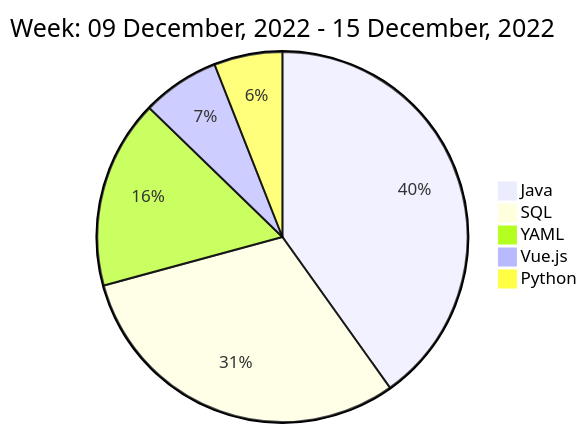
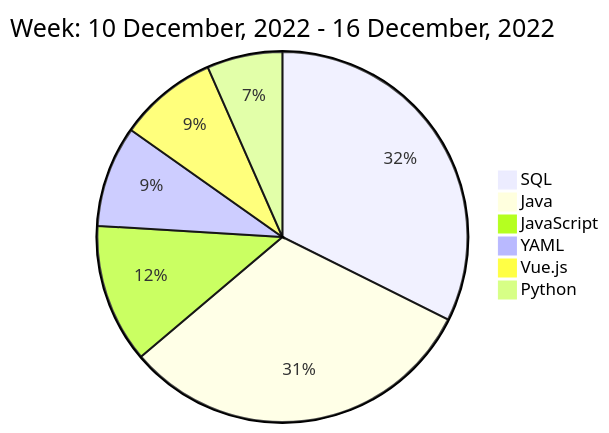
Before and after one commit to liubin95/liubin95: the diagram in README.md, drawn with Mermaid.

Commit message:
Updated the Graph with new Metrics

````diff
--- a/README.md
+++ b/README.md
@@ -40,9 +40,10 @@
 ```mermaid
  pie
-title Week: 09 December, 2022 - 15 December, 2022
- "Java" : 5.92
- "SQL" : 4.52
- "YAML" : 2.43
- "Vue.js" : 1.0
+title Week: 10 December, 2022 - 16 December, 2022
+ "SQL" : 4.32
+ "Java" : 4.2
+ "JavaScript" : 1.62
+ "YAML" : 1.18
+ "Vue.js" : 1.15
  "Python" : 0.88
 ```
````
